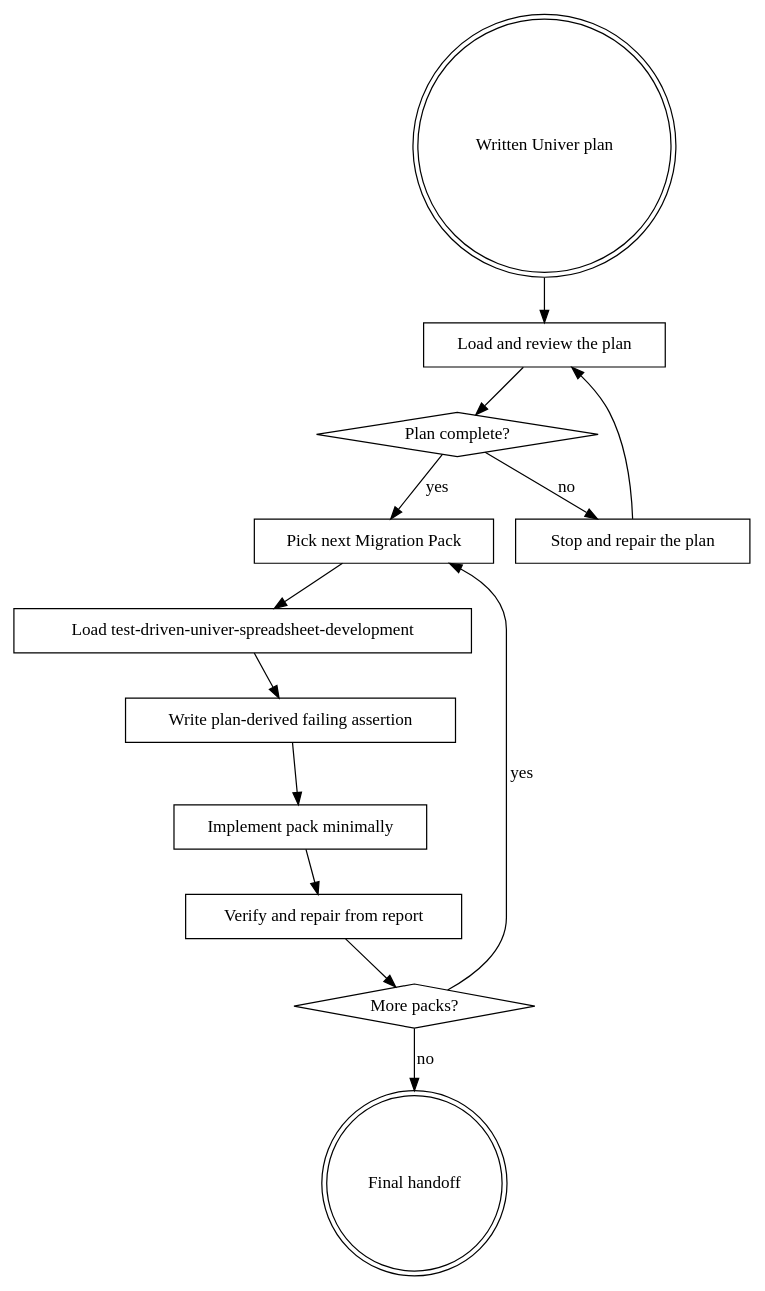
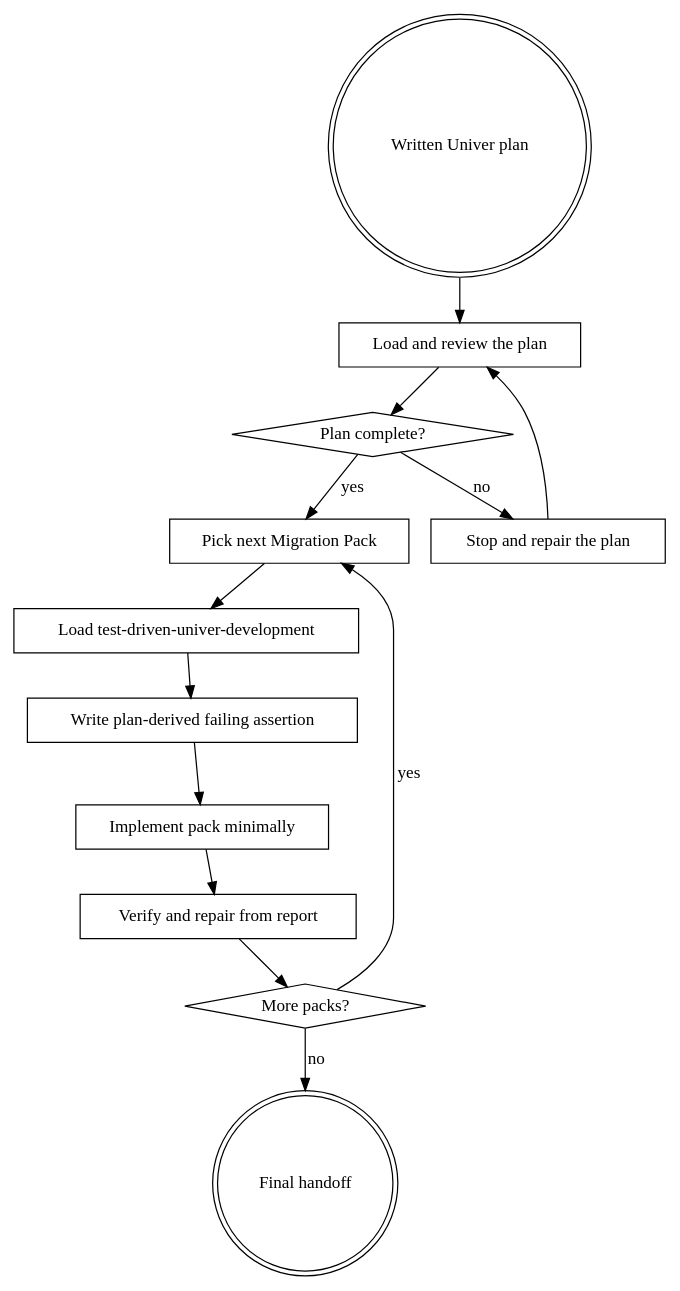
One commit to dream-num/skills changed the diagram in skills/executing-univer-plans/SKILL.md. Above: the diagram before and after it, drawn with Graphviz. The commit also changed other lines of this file and 5 other files, not shown here.

````diff
--- a/skills/executing-univer-plans/SKILL.md
+++ b/skills/executing-univer-plans/SKILL.md
@@ -24,28 +24,28 @@
 ```dot
 digraph executing_univer_plans {
     "Written Univer plan" [shape=doublecircle];
     "Load and review the plan" [shape=box];
     "Plan complete?" [shape=diamond];
     "Stop and repair the plan" [shape=box];
     "Pick next Migration Pack" [shape=box];
-    "Load test-driven-univer-spreadsheet-development" [shape=box];
+    "Load test-driven-univer-development" [shape=box];
     "Write plan-derived failing assertion" [shape=box];
     "Implement pack minimally" [shape=box];
     "Verify and repair from report" [shape=box];
     "More packs?" [shape=diamond];
     "Final handoff" [shape=doublecircle];
 
     "Written Univer plan" -> "Load and review the plan";
     "Load and review the plan" -> "Plan complete?";
     "Plan complete?" -> "Stop and repair the plan" [label="no"];
     "Stop and repair the plan" -> "Load and review the plan";
     "Plan complete?" -> "Pick next Migration Pack" [label="yes"];
-    "Pick next Migration Pack" -> "Load test-driven-univer-spreadsheet-development";
-    "Load test-driven-univer-spreadsheet-development" -> "Write plan-derived failing assertion";
+    "Pick next Migration Pack" -> "Load test-driven-univer-development";
+    "Load test-driven-univer-development" -> "Write plan-derived failing assertion";
     "Write plan-derived failing assertion" -> "Implement pack minimally";
     "Implement pack minimally" -> "Verify and repair from report";
     "Verify and repair from report" -> "More packs?";
     "More packs?" -> "Pick next Migration Pack" [label="yes"];
     "More packs?" -> "Final handoff" [label="no"];
 }
 ```
````
